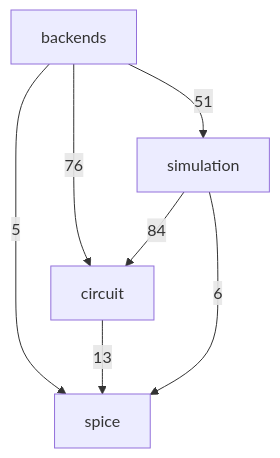
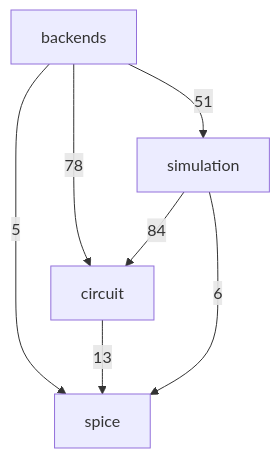
The second of 3 diagrams in docs/architecture.md (ronnymilleo/imcsim), drawn with Mermaid before and after one commit. The commit also changed other lines of this file and 4 other files, not shown here.

````diff
--- a/docs/architecture.md
+++ b/docs/architecture.md
@@ -33,13 +33,13 @@
 ```mermaid
 flowchart TD
     app_core_spice[spice]
     app_core_circuit[circuit]
     app_core_simulation[simulation]
     app_core_backends[backends]
-    app_core_backends -->|76| app_core_circuit
+    app_core_backends -->|78| app_core_circuit
     app_core_backends -->|51| app_core_simulation
     app_core_backends -->|5| app_core_spice
     app_core_circuit -->|13| app_core_spice
     app_core_simulation -->|84| app_core_circuit
     app_core_simulation -->|6| app_core_spice
 ```
````
